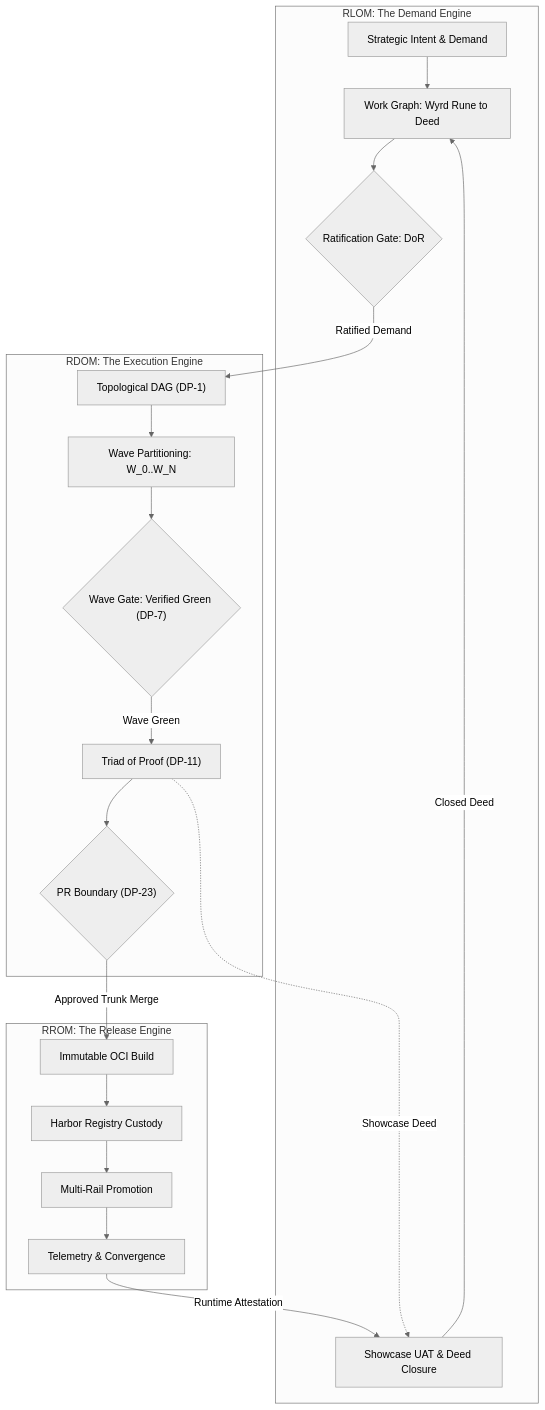
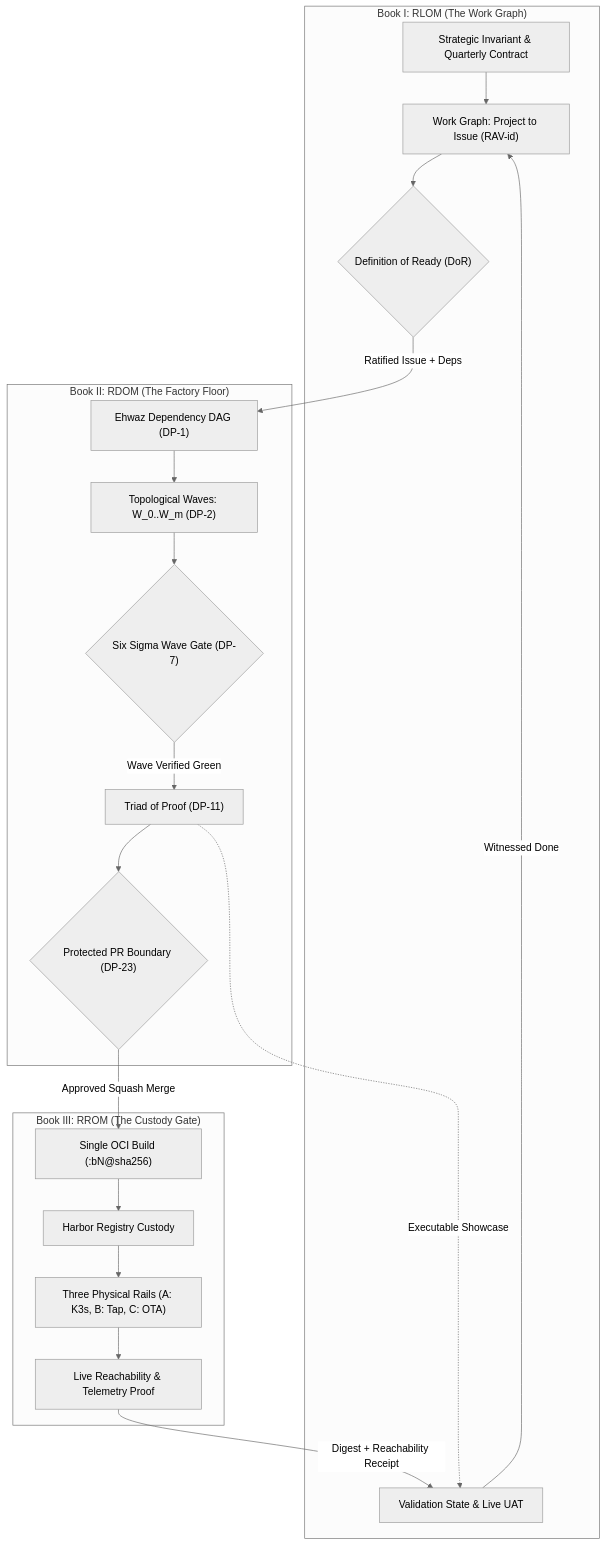
One commit to nwalker85/rdom-method changed the diagram in docs/chapters/02-the-sovereign-triad.md. Above: the diagram before and after it, drawn with Mermaid (neutral theme). The commit also changed other lines of this file and 29 other files, not shown here.

````diff
--- a/docs/chapters/02-the-sovereign-triad.md
+++ b/docs/chapters/02-the-sovereign-triad.md
@@ -41,39 +44,39 @@
 ```mermaid
 flowchart TD
-    subgraph RLOM["RLOM: The Demand Engine"]
-        R_Intent["Strategic Intent & Demand"]
-        R_Graph["Work Graph: Wyrd Rune to Deed"]
-        R_Ready{"Ratification Gate: DoR"}
-        R_UAT["Showcase UAT & Deed Closure"]
+    subgraph RLOM["Book I: RLOM (The Work Graph)"]
+        R_Intent["Strategic Invariant & Quarterly Contract"]
+        R_Graph["Work Graph: Project to Issue (RAV-id)"]
+        R_Ready{"Definition of Ready (DoR)"}
+        R_Val["Validation State & Live UAT"]
     end
 
-    subgraph RDOM["RDOM: The Execution Engine"]
-        D_DAG["Topological DAG (DP-1)"]
-        D_Waves["Wave Partitioning: W_0..W_N"]
-        D_Gates{"Wave Gate: Verified Green (DP-7)"}
+    subgraph RDOM["Book II: RDOM (The Factory Floor)"]
+        D_DAG["Ehwaz Dependency DAG (DP-1)"]
+        D_Waves["Topological Waves: W_0..W_m (DP-2)"]
+        D_Gates{"Six Sigma Wave Gate (DP-7)"}
         D_Triad["Triad of Proof (DP-11)"]
-        D_PR{"PR Boundary (DP-23)"}
+        D_PR{"Protected PR Boundary (DP-23)"}
     end
 
-    subgraph RROM["RROM: The Release Engine"]
-        M_Build["Immutable OCI Build"]
+    subgraph RROM["Book III: RROM (The Custody Gate)"]
+        M_Build["Single OCI Build (:bN@sha256)"]
         M_Registry["Harbor Registry Custody"]
-        M_Rails["Multi-Rail Promotion"]
-        M_Runtime["Telemetry & Convergence"]
+        M_Rails["Three Physical Rails (A: K3s, B: Tap, C: OTA)"]
+        M_Runtime["Live Reachability & Telemetry Proof"]
     end
 
     R_Intent --> R_Graph
     R_Graph --> R_Ready
-    R_Ready -- "Ratified Demand" --> D_DAG
+    R_Ready -- "Ratified Issue + Deps" --> D_DAG
     D_DAG --> D_Waves
     D_Waves --> D_Gates
-    D_Gates -- "Wave Green" --> D_Triad
+    D_Gates -- "Wave Verified Green" --> D_Triad
     D_Triad --> D_PR
-    D_PR -- "Approved Trunk Merge" --> M_Build
+    D_PR -- "Approved Squash Merge" --> M_Build
     M_Build --> M_Registry
     M_Registry --> M_Rails
     M_Rails --> M_Runtime
-    M_Runtime -- "Runtime Attestation" --> R_UAT
-    D_Triad -. "Showcase Deed" .-> R_UAT
-    R_UAT -- "Closed Deed" --> R_Graph
+    M_Runtime -- "Digest + Reachability Receipt" --> R_Val
+    D_Triad -. "Executable Showcase" .-> R_Val
+    R_Val -- "Witnessed Done" --> R_Graph
 ```
````
